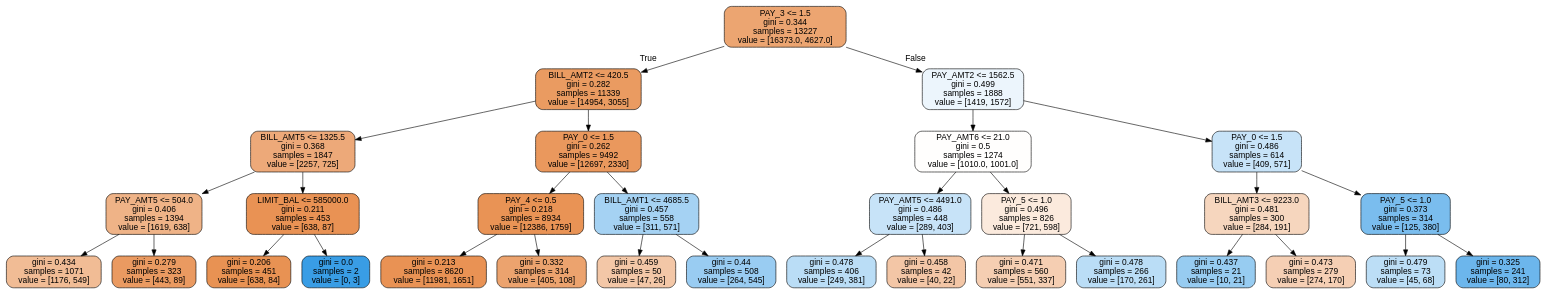
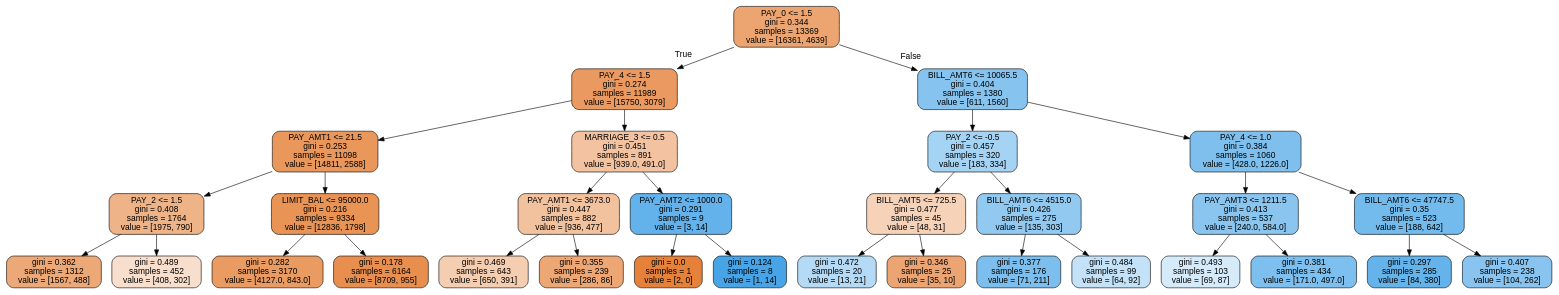
The diagram in 14. Hyperparameter Tuning in Python/tree6.dot (yeisonmontoya1815/Course-Machine-Learning-Python), drawn with Graphviz before and after one commit. The commit also changed 2 other files, not shown here.

```diff
--- a/14. Hyperparameter Tuning in Python/tree6.dot
+++ b/14. Hyperparameter Tuning in Python/tree6.dot
@@ -1,65 +1,65 @@
 digraph Tree {
 node [shape=box, style="filled, rounded", color="black", fontname="helvetica"] ;
 edge [fontname="helvetica"] ;
-0 [label="PAY_3 <= 1.5\ngini = 0.344\nsamples = 13227\nvalue = [16373.0, 4627.0]", fillcolor="#eca571"] ;
-1 [label="BILL_AMT2 <= 420.5\ngini = 0.282\nsamples = 11339\nvalue = [14954, 3055]", fillcolor="#ea9b61"] ;
+0 [label="PAY_0 <= 1.5\ngini = 0.344\nsamples = 13369\nvalue = [16361, 4639]", fillcolor="#eca571"] ;
+1 [label="PAY_4 <= 1.5\ngini = 0.274\nsamples = 11989\nvalue = [15750, 3079]", fillcolor="#ea9a60"] ;
 0 -> 1 [labeldistance=2.5, labelangle=45, headlabel="True"] ;
-2 [label="BILL_AMT5 <= 1325.5\ngini = 0.368\nsamples = 1847\nvalue = [2257, 725]", fillcolor="#eda979"] ;
+2 [label="PAY_AMT1 <= 21.5\ngini = 0.253\nsamples = 11098\nvalue = [14811, 2588]", fillcolor="#ea975c"] ;
 1 -> 2 ;
-3 [label="PAY_AMT5 <= 504.0\ngini = 0.406\nsamples = 1394\nvalue = [1619, 638]", fillcolor="#efb387"] ;
+3 [label="PAY_2 <= 1.5\ngini = 0.408\nsamples = 1764\nvalue = [1975, 790]", fillcolor="#efb388"] ;
 2 -> 3 ;
-4 [label="gini = 0.434\nsamples = 1071\nvalue = [1176, 549]", fillcolor="#f1bc95"] ;
+4 [label="gini = 0.362\nsamples = 1312\nvalue = [1567, 488]", fillcolor="#eda877"] ;
 3 -> 4 ;
-5 [label="gini = 0.279\nsamples = 323\nvalue = [443, 89]", fillcolor="#ea9a61"] ;
+5 [label="gini = 0.489\nsamples = 452\nvalue = [408, 302]", fillcolor="#f8decc"] ;
 3 -> 5 ;
-6 [label="LIMIT_BAL <= 585000.0\ngini = 0.211\nsamples = 453\nvalue = [638, 87]", fillcolor="#e99254"] ;
+6 [label="LIMIT_BAL <= 95000.0\ngini = 0.216\nsamples = 9334\nvalue = [12836, 1798]", fillcolor="#e99355"] ;
 2 -> 6 ;
-7 [label="gini = 0.206\nsamples = 451\nvalue = [638, 84]", fillcolor="#e89253"] ;
+7 [label="gini = 0.282\nsamples = 3170\nvalue = [4127.0, 843.0]", fillcolor="#ea9b61"] ;
 6 -> 7 ;
-8 [label="gini = 0.0\nsamples = 2\nvalue = [0, 3]", fillcolor="#399de5"] ;
+8 [label="gini = 0.178\nsamples = 6164\nvalue = [8709, 955]", fillcolor="#e88f4f"] ;
 6 -> 8 ;
-9 [label="PAY_0 <= 1.5\ngini = 0.262\nsamples = 9492\nvalue = [12697, 2330]", fillcolor="#ea985d"] ;
+9 [label="MARRIAGE_3 <= 0.5\ngini = 0.451\nsamples = 891\nvalue = [939.0, 491.0]", fillcolor="#f3c3a1"] ;
 1 -> 9 ;
-10 [label="PAY_4 <= 0.5\ngini = 0.218\nsamples = 8934\nvalue = [12386, 1759]", fillcolor="#e99355"] ;
+10 [label="PAY_AMT1 <= 3673.0\ngini = 0.447\nsamples = 882\nvalue = [936, 477]", fillcolor="#f2c19e"] ;
 9 -> 10 ;
-11 [label="gini = 0.213\nsamples = 8620\nvalue = [11981, 1651]", fillcolor="#e99254"] ;
+11 [label="gini = 0.469\nsamples = 643\nvalue = [650, 391]", fillcolor="#f5cdb0"] ;
 10 -> 11 ;
-12 [label="gini = 0.332\nsamples = 314\nvalue = [405, 108]", fillcolor="#eca36e"] ;
+12 [label="gini = 0.355\nsamples = 239\nvalue = [286, 86]", fillcolor="#eda775"] ;
 10 -> 12 ;
-13 [label="BILL_AMT1 <= 4685.5\ngini = 0.457\nsamples = 558\nvalue = [311, 571]", fillcolor="#a5d2f3"] ;
+13 [label="PAY_AMT2 <= 1000.0\ngini = 0.291\nsamples = 9\nvalue = [3, 14]", fillcolor="#63b2eb"] ;
 9 -> 13 ;
-14 [label="gini = 0.459\nsamples = 50\nvalue = [47, 26]", fillcolor="#f3c7a7"] ;
+14 [label="gini = 0.0\nsamples = 1\nvalue = [2, 0]", fillcolor="#e58139"] ;
 13 -> 14 ;
-15 [label="gini = 0.44\nsamples = 508\nvalue = [264, 545]", fillcolor="#99ccf2"] ;
+15 [label="gini = 0.124\nsamples = 8\nvalue = [1, 14]", fillcolor="#47a4e7"] ;
 13 -> 15 ;
-16 [label="PAY_AMT2 <= 1562.5\ngini = 0.499\nsamples = 1888\nvalue = [1419, 1572]", fillcolor="#ecf5fc"] ;
+16 [label="BILL_AMT6 <= 10065.5\ngini = 0.404\nsamples = 1380\nvalue = [611, 1560]", fillcolor="#87c3ef"] ;
 0 -> 16 [labeldistance=2.5, labelangle=-45, headlabel="False"] ;
-17 [label="PAY_AMT6 <= 21.0\ngini = 0.5\nsamples = 1274\nvalue = [1010.0, 1001.0]", fillcolor="#fffefd"] ;
+17 [label="PAY_2 <= -0.5\ngini = 0.457\nsamples = 320\nvalue = [183, 334]", fillcolor="#a5d3f3"] ;
 16 -> 17 ;
-18 [label="PAY_AMT5 <= 4491.0\ngini = 0.486\nsamples = 448\nvalue = [289, 403]", fillcolor="#c7e3f8"] ;
+18 [label="BILL_AMT5 <= 725.5\ngini = 0.477\nsamples = 45\nvalue = [48, 31]", fillcolor="#f6d2b9"] ;
 17 -> 18 ;
-19 [label="gini = 0.478\nsamples = 406\nvalue = [249, 381]", fillcolor="#baddf6"] ;
+19 [label="gini = 0.472\nsamples = 20\nvalue = [13, 21]", fillcolor="#b4daf5"] ;
 18 -> 19 ;
-20 [label="gini = 0.458\nsamples = 42\nvalue = [40, 22]", fillcolor="#f3c6a6"] ;
+20 [label="gini = 0.346\nsamples = 25\nvalue = [35, 10]", fillcolor="#eca572"] ;
 18 -> 20 ;
-21 [label="PAY_5 <= 1.0\ngini = 0.496\nsamples = 826\nvalue = [721, 598]", fillcolor="#fbeadd"] ;
+21 [label="BILL_AMT6 <= 4515.0\ngini = 0.426\nsamples = 275\nvalue = [135, 303]", fillcolor="#91c9f1"] ;
 17 -> 21 ;
-22 [label="gini = 0.471\nsamples = 560\nvalue = [551, 337]", fillcolor="#f5ceb2"] ;
+22 [label="gini = 0.377\nsamples = 176\nvalue = [71, 211]", fillcolor="#7cbeee"] ;
 21 -> 22 ;
-23 [label="gini = 0.478\nsamples = 266\nvalue = [170, 261]", fillcolor="#baddf6"] ;
+23 [label="gini = 0.484\nsamples = 99\nvalue = [64, 92]", fillcolor="#c3e1f7"] ;
 21 -> 23 ;
-24 [label="PAY_0 <= 1.5\ngini = 0.486\nsamples = 614\nvalue = [409, 571]", fillcolor="#c7e3f8"] ;
+24 [label="PAY_4 <= 1.0\ngini = 0.384\nsamples = 1060\nvalue = [428.0, 1226.0]", fillcolor="#7ebfee"] ;
 16 -> 24 ;
-25 [label="BILL_AMT3 <= 9223.0\ngini = 0.481\nsamples = 300\nvalue = [284, 191]", fillcolor="#f6d6be"] ;
+25 [label="PAY_AMT3 <= 1211.5\ngini = 0.413\nsamples = 537\nvalue = [240.0, 584.0]", fillcolor="#8ac5f0"] ;
 24 -> 25 ;
-26 [label="gini = 0.437\nsamples = 21\nvalue = [10, 21]", fillcolor="#97ccf1"] ;
+26 [label="gini = 0.493\nsamples = 103\nvalue = [69, 87]", fillcolor="#d6ebfa"] ;
 25 -> 26 ;
-27 [label="gini = 0.473\nsamples = 279\nvalue = [274, 170]", fillcolor="#f5cfb4"] ;
+27 [label="gini = 0.381\nsamples = 434\nvalue = [171.0, 497.0]", fillcolor="#7dbfee"] ;
 25 -> 27 ;
-28 [label="PAY_5 <= 1.0\ngini = 0.373\nsamples = 314\nvalue = [125, 380]", fillcolor="#7abdee"] ;
+28 [label="BILL_AMT6 <= 47747.5\ngini = 0.35\nsamples = 523\nvalue = [188, 642]", fillcolor="#73baed"] ;
 24 -> 28 ;
-29 [label="gini = 0.479\nsamples = 73\nvalue = [45, 68]", fillcolor="#bcdef6"] ;
+29 [label="gini = 0.297\nsamples = 285\nvalue = [84, 380]", fillcolor="#65b3eb"] ;
 28 -> 29 ;
-30 [label="gini = 0.325\nsamples = 241\nvalue = [80, 312]", fillcolor="#6cb6ec"] ;
+30 [label="gini = 0.407\nsamples = 238\nvalue = [104, 262]", fillcolor="#88c4ef"] ;
 28 -> 30 ;
 }
```
